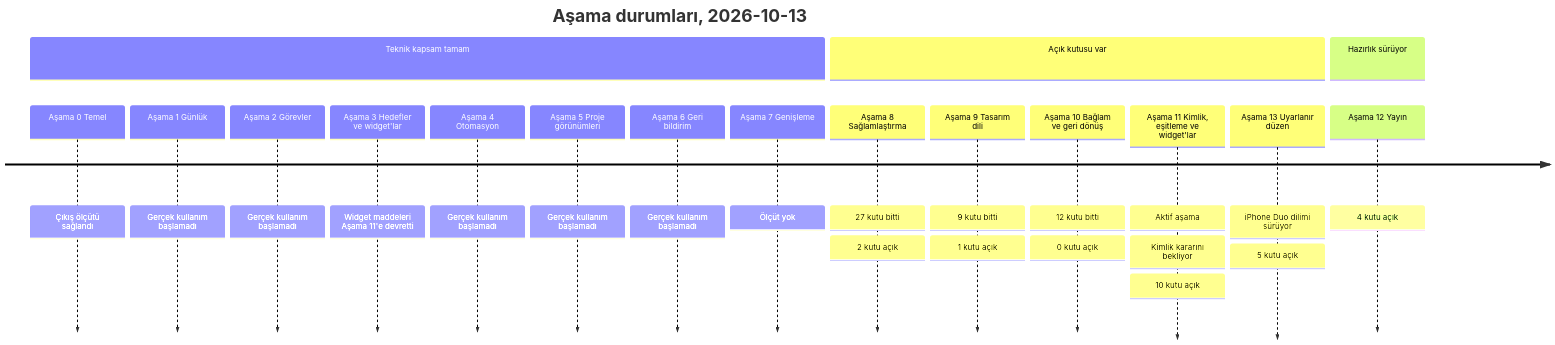
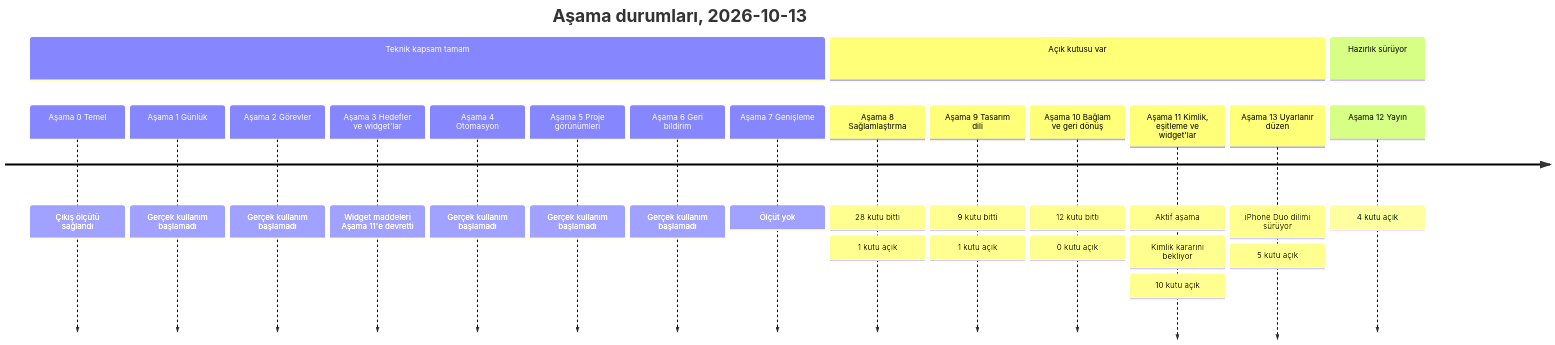
One commit to dogancanyildiz/kenet changed the first of 4 diagrams in docs/roadmap.md. Above: the diagram before and after it, drawn with Mermaid. The commit also changed other lines of this file and 1 other file, not shown here.

Commit message:
docs: dalga 11 kod kararları, Aşama 8 uyarı kutusu, Aşama 11 ve 13 durumu (#239)

````diff
--- a/docs/roadmap.md
+++ b/docs/roadmap.md
@@ -19,21 +19,21 @@
 ```mermaid
 timeline
     title Aşama durumları, 2026-10-13
     section Teknik kapsam tamam
         Aşama 0 Temel : Çıkış ölçütü sağlandı
         Aşama 1 Günlük : Gerçek kullanım başlamadı
         Aşama 2 Görevler : Gerçek kullanım başlamadı
         Aşama 3 Hedefler ve widget'lar : Widget maddeleri Aşama 11'e devretti
         Aşama 4 Otomasyon : Gerçek kullanım başlamadı
         Aşama 5 Proje görünümleri : Gerçek kullanım başlamadı
         Aşama 6 Geri bildirim : Gerçek kullanım başlamadı
         Aşama 7 Genişleme : Ölçüt yok
     section Açık kutusu var
-        Aşama 8 Sağlamlaştırma : 27 kutu bitti : 2 kutu açık
+        Aşama 8 Sağlamlaştırma : 28 kutu bitti : 1 kutu açık
         Aşama 9 Tasarım dili : 9 kutu bitti : 1 kutu açık
         Aşama 10 Bağlam ve geri dönüş : 12 kutu bitti : 0 kutu açık
         Aşama 11 Kimlik, eşitleme ve widget'lar : Aktif aşama : Kimlik kararını bekliyor : 10 kutu açık
         Aşama 13 Uyarlanır düzen : iPhone Duo dilimi sürüyor : 5 kutu açık
     section Hazırlık sürüyor
         Aşama 12 Yayın : 4 kutu açık
 ```
````
